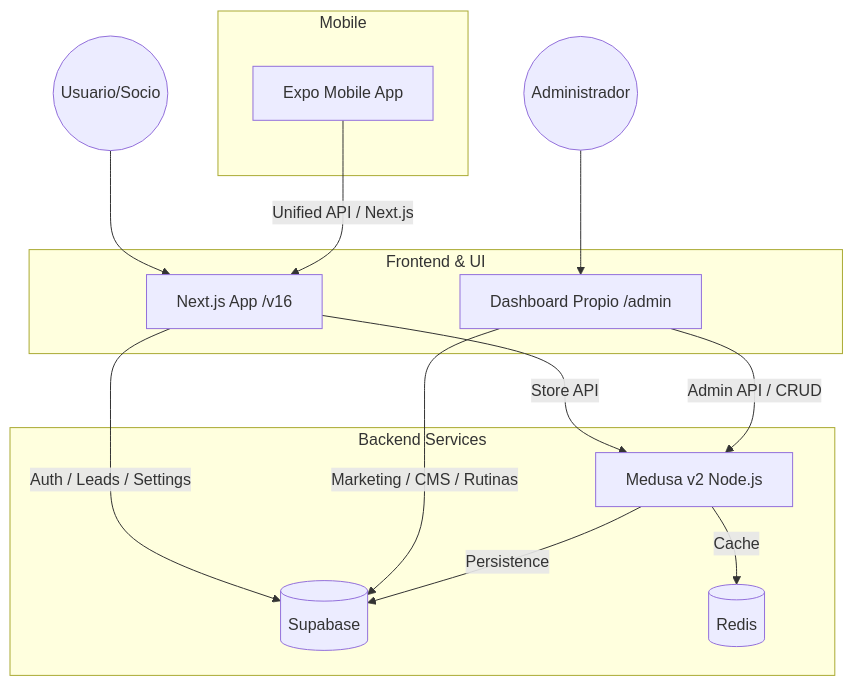
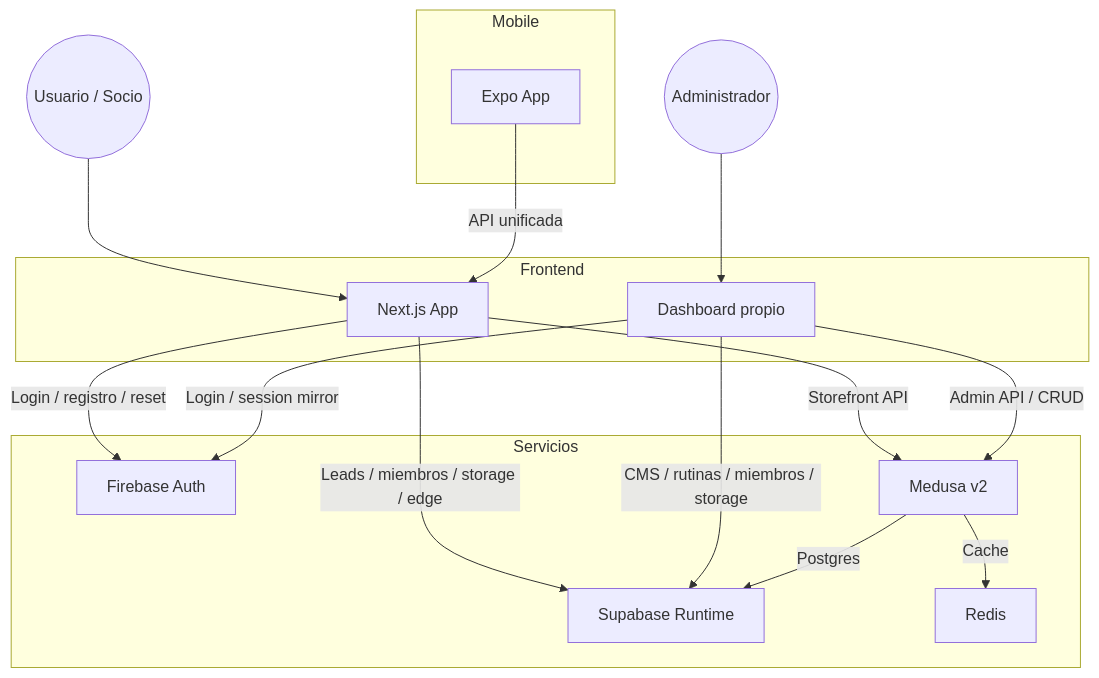
The diagram in docs/architecture.md (gymnouvaforza/gym), drawn with Mermaid before and after one commit. The commit also changed other lines of this file and 77 other files, not shown here.

First line of the commit message:
feat(auth): migrate runtime auth to Firebase

````diff
--- a/docs/architecture.md
+++ b/docs/architecture.md
@@ -9,28 +14,31 @@
 ```mermaid
 graph TD
-    User((Usuario/Socio)) --> NextJS[Next.js App /v16]
-    Admin((Administrador)) --> Dash[Dashboard Propio /admin]
-    
-    subgraph "Frontend & UI"
+    User((Usuario / Socio)) --> NextJS["Next.js App"]
+    Admin((Administrador)) --> Dash["Dashboard propio"]
+
+    subgraph "Frontend"
         NextJS
         Dash
     end
 
-    subgraph "Backend Services"
-        Supabase[(Supabase)]
-        Medusa[Medusa v2 Node.js]
-        Redis[(Redis)]
+    subgraph "Servicios"
+        Firebase["Firebase Auth"]
+        Supabase["Supabase Runtime"]
+        Medusa["Medusa v2"]
+        Redis["Redis"]
     end
 
     subgraph "Mobile"
-        Expo[Expo Mobile App]
+        Expo["Expo App"]
     end
 
-    NextJS -- "Auth / Leads / Settings" --> Supabase
-    Dash -- "Marketing / CMS / Rutinas" --> Supabase
-    NextJS -- "Store API" --> Medusa
+    NextJS -- "Login / registro / reset" --> Firebase
+    Dash -- "Login / session mirror" --> Firebase
+    NextJS -- "Leads / miembros / storage / edge" --> Supabase
+    Dash -- "CMS / rutinas / miembros / storage" --> Supabase
+    NextJS -- "Storefront API" --> Medusa
     Dash -- "Admin API / CRUD" --> Medusa
-    Expo -- "Unified API / Next.js" --> NextJS
-    Medusa -- "Persistence" --> Supabase
+    Expo -- "API unificada" --> NextJS
+    Medusa -- "Postgres" --> Supabase
     Medusa -- "Cache" --> Redis
 ```
````
